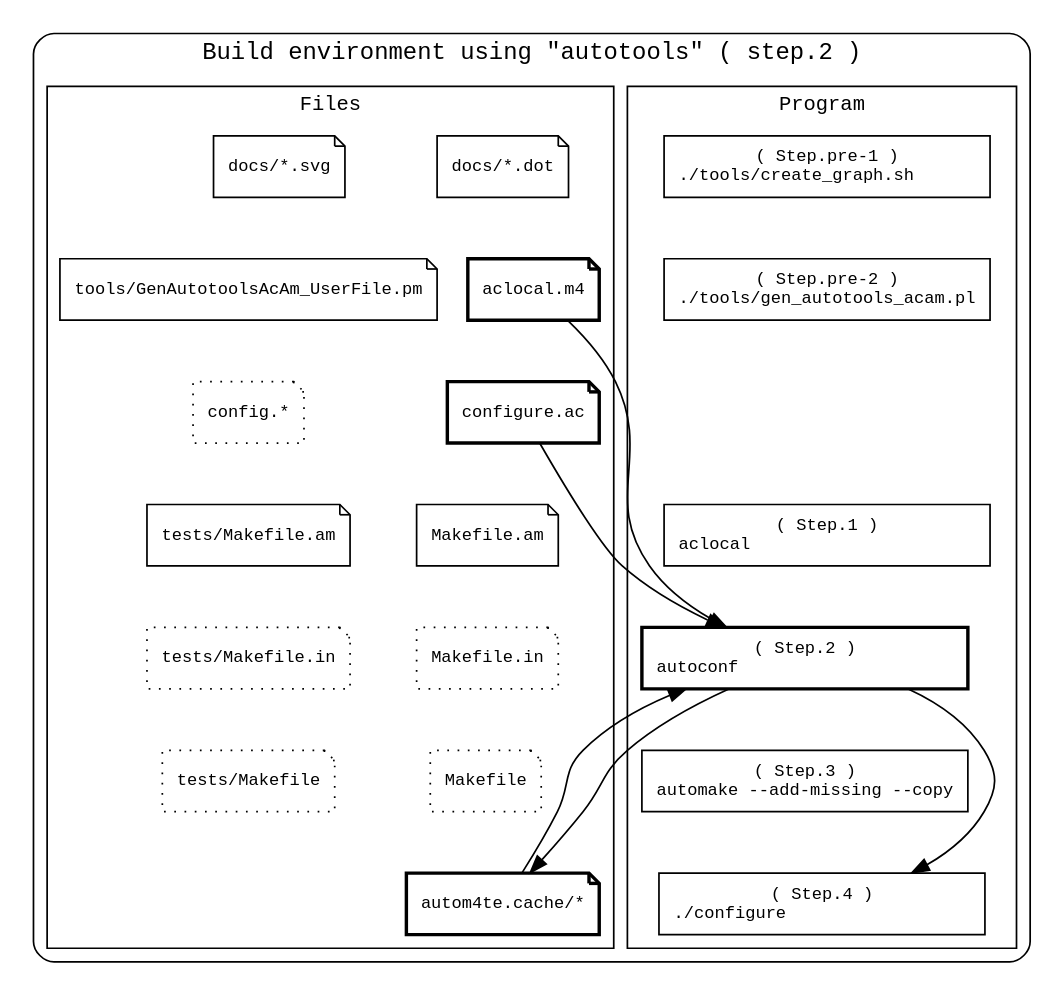
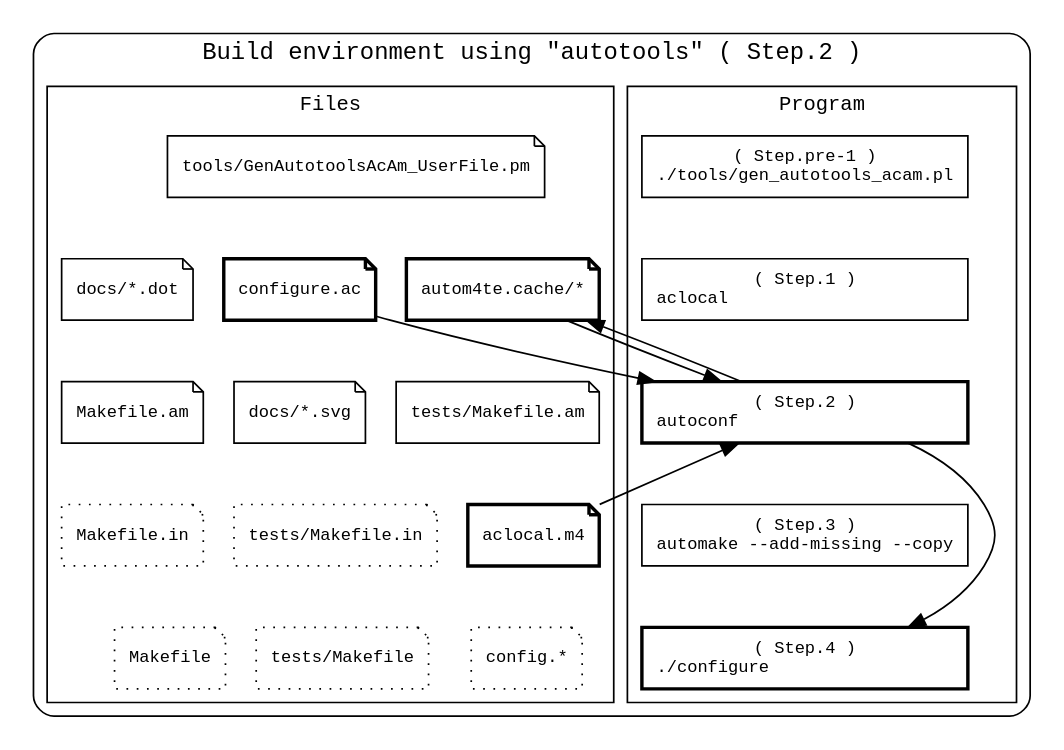
The diagram in docs/devel_step_1_2.dot (tomyama-code/tomyama_script_collection), drawn with Graphviz before and after one commit. The commit also changed 26 other files, not shown here.

```diff
--- a/docs/devel_step_1_2.dot
+++ b/docs/devel_step_1_2.dot
@@ -1,82 +1,87 @@
-// File: docs/devel_step_1_2.dot
+// File: docs/devel_step_0.dot
 // Author: tomyama
 // Purpose: Development workflow diagram
 
 digraph physical_directory_structure {
     newrank=true
     constraint=false
 
     // 全体に等幅フォントを適用
     //   ex) "monospace", "Courier", "Courier New", "Consolas", "Monaco"
     graph [fontname="monospace"]
     node  [fontname="monospace", fontsize=10, penwidth=1]
     edge  [fontname="monospace"]
 
     // 図全体を囲うクラスタ
     subgraph cluster_all {
 
-        label = "Build environment using \"autotools\" ( step.2 )"
+        label = "Build environment using \"autotools\" ( Step.2 )"
         style = "rounded"   // 角を丸くする
         color = "black"     // 枠線の色
         penwidth = 1        // 枠線の太さ
 
         // プログラム
         subgraph cluster_program {
             label = "Program"
             style = "solid"
             penwidth = 1        // 枠線の太さ
             fontsize=12
             {
                 edge [style=invis];
-                program01 -> program02 -> program99 -> program03 -> program04 -> program05 -> program06
+                program01 -> program02 -> program03 -> program04 -> program05
             }
-            program01 [shape=box, style=solid , label="( Step.pre-1 )\n./tools/create_graph.sh      "]
-            program02 [shape=box, style=solid , label="( Step.pre-2 )\n./tools/gen_autotools_acam.pl"]
-            program99 [shape=box, style=invis]
-            program03 [shape=box, style=solid , label="( Step.1 )\naclocal                      "]
-            program04 [shape=box, style=solid , label="( Step.2 )\nautoconf                     ", penwidth=2]
-            program05 [shape=box, style=solid , label="( Step.3 )\nautomake --add-missing --copy"]
-            program06 [shape=box, style=solid , label="( Step.4 )\n./configure                  "]
+            program01 [shape=box, style=solid , label="( Step.pre-1 )\n./tools/gen_autotools_acam.pl"]
+            program02 [shape=box, style=solid , label="( Step.1 )\naclocal                      "]
+            program03 [shape=box, style=solid , label="( Step.2 )\nautoconf                     ", penwidth=2]
+            program04 [shape=box, style=solid , label="( Step.3 )\nautomake --add-missing --copy"]
+            program05 [shape=box, style=solid , label="( Step.4 )\n./configure                  ", penwidth=2]
         }
 
         // ファイル
         subgraph cluster_file {
             label = "Files"
             style = "solid"
             penwidth = 1        // 枠線の太さ
             fontsize=12
             {
                 edge [style=invis];
-                file01 -> file02 -> file03 -> file04 -> file05 -> file06 -> file07
-                file08 -> file09 -> file10 -> file11 -> file12 -> file13
-                file01 -> file08
+                file13 -> file01 -> file02 -> file03 -> file04
+                file13 -> file05 -> file06 -> file07 -> file08
+                file13 -> file09 -> file10 -> file11 -> file12
             }
+
+            file13 [shape=note, style=solid , label="tools/GenAutotoolsAcAm_UserFile.pm"]
             file01 [shape=note, style=solid , label="docs/*.dot"]
-            file02 [shape=note, style=solid , label="aclocal.m4", penwidth=2]
-            file03 [shape=note, style=solid , label="configure.ac", penwidth=2]
-            file04 [shape=note, style=solid , label="Makefile.am"]
-            file05 [shape=note, style=dotted, label="Makefile.in"]
-            file06 [shape=note, style=dotted, label="Makefile"]
-            file07 [shape=note, style=solid , label="autom4te.cache/*", penwidth=2]
-            file08 [shape=note, style=solid , label="docs/*.svg"]
-            file09 [shape=note, style=solid , label="tools/GenAutotoolsAcAm_UserFile.pm"]
-            file10 [shape=note, style=dotted, label="config.*"]
-            file11 [shape=note, style=solid , label="tests/Makefile.am"]
-            file12 [shape=note, style=dotted, label="tests/Makefile.in"]
-            file13 [shape=note, style=dotted, label="tests/Makefile"]
+            file02 [shape=note, style=solid , label="docs/*.svg"]
+            file03 [shape=note, style=solid , label="aclocal.m4", penwidth=2]
+            file04 [shape=note, style=dotted, label="config.*"]
+            file05 [shape=note, style=solid , label="configure.ac", penwidth=2]
+            file06 [shape=note, style=solid , label="Makefile.am"]
+            file07 [shape=note, style=dotted, label="Makefile.in"]
+            file08 [shape=note, style=dotted, label="Makefile"]
+            file09 [shape=note, style=solid , label="autom4te.cache/*", penwidth=2]
+            file10 [shape=note, style=solid , label="tests/Makefile.am"]
+            file11 [shape=note, style=dotted, label="tests/Makefile.in"]
+            file12 [shape=note, style=dotted, label="tests/Makefile"]
         }
 
-        {rank=same; program01; file01; file08}
-        {rank=same; program02; file02; file09}
-        {rank=same; program99; file03; file10}
-        {rank=same; program03; file04; file11}
-        {rank=same; program04; file05; file12}
-        {rank=same; program05; file06; file13}
+        {
+            edge [style=invis];
+            file13 -> program01
+            file01 -> file05 -> file09 -> program02
+            file02 -> file06 -> file10 -> program03
+            file03 -> file07 -> file11 -> program04
+            file04 -> file08 -> file12 -> program05
+        }
+        {rank=same; program01; file13}
+        {rank=same; program02; file01; file05; file09}
+        {rank=same; program03; file02; file06; file10}
+        {rank=same; program04; file03; file07; file11}
+        {rank=same; program05; file04; file08; file12}
 
         // スクリプトとドキュメントの関係
-        file03 -> program04 -> program06
-        file02 -> program04
-        program04 -> file07
-        file07 -> program04
+        file05 -> program03 -> program05
+        file03 -> program03
+        file09 -> program03 -> file09
     }
 }
```
